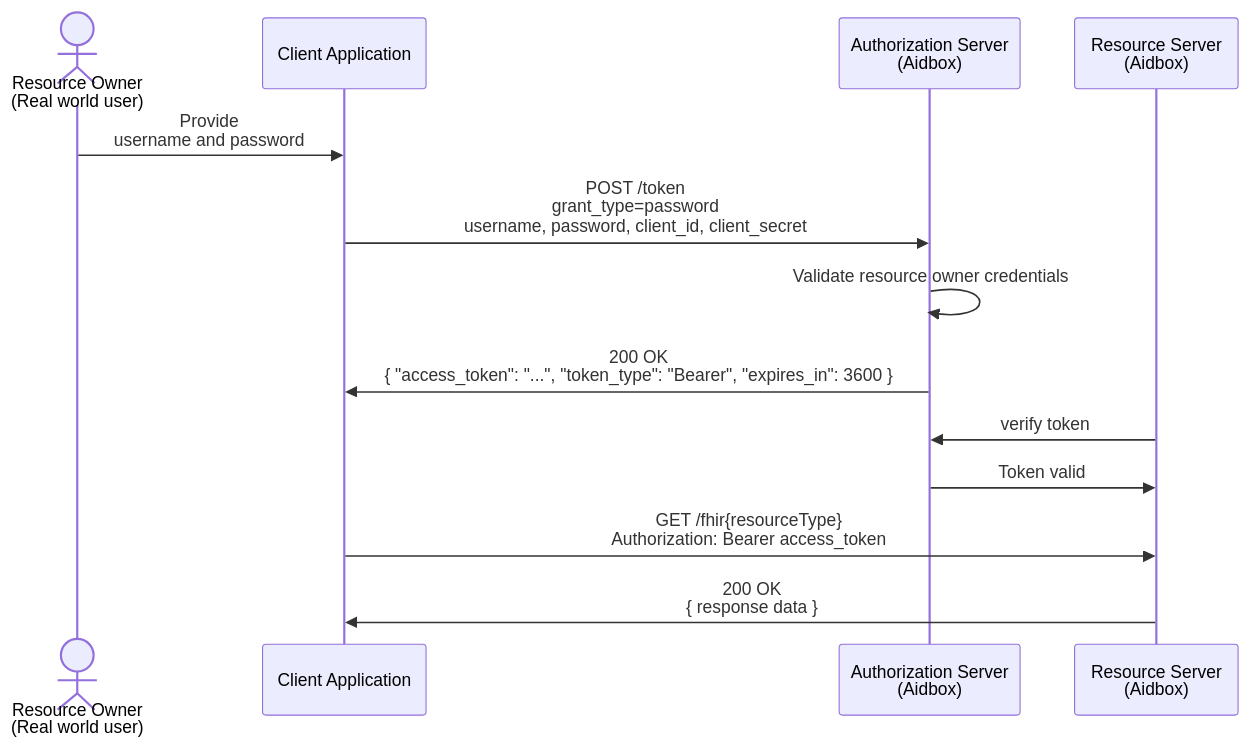
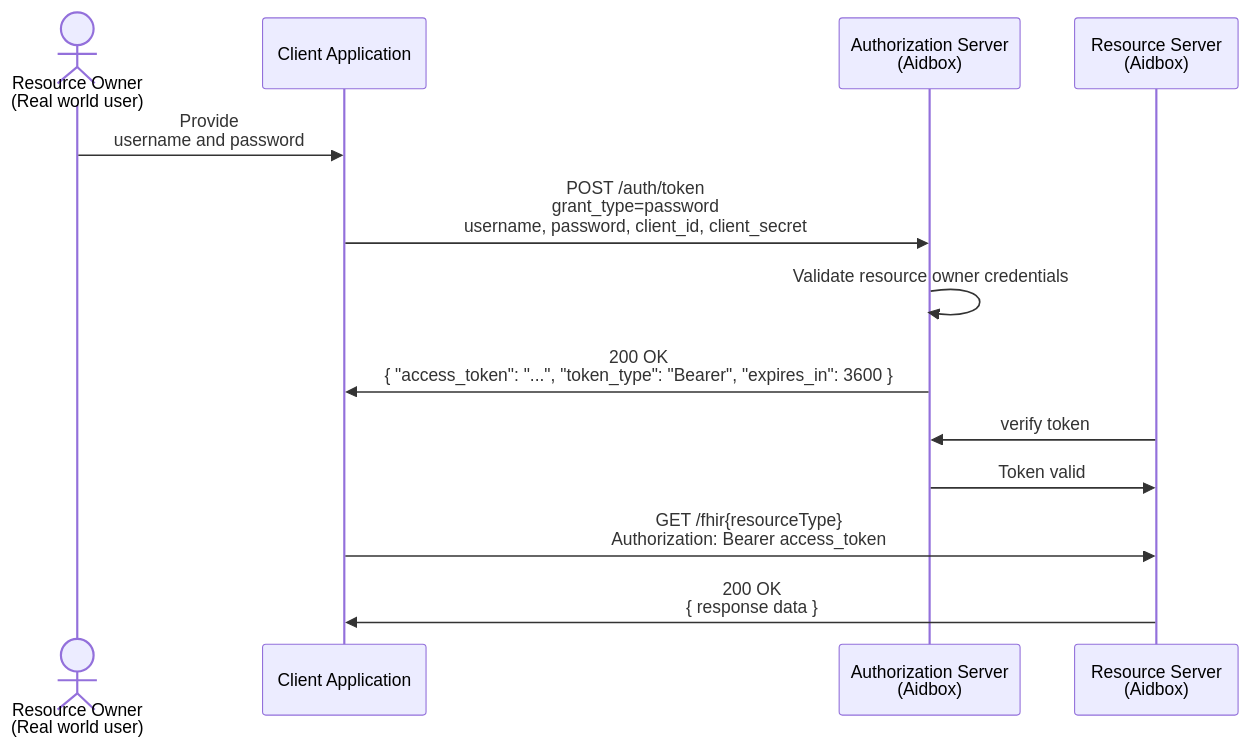
Before and after one commit to HealthSamurai/documentation: the third of 4 diagrams in docs/access-control/authentication/oauth-2-0.md, drawn with Mermaid. The commit also changed other lines of this file and 44 other files, not shown here.

````diff
--- a/docs/access-control/authentication/oauth-2-0.md
+++ b/docs/access-control/authentication/oauth-2-0.md
@@ -71,16 +71,16 @@
 ```mermaid fullWidth="true"
 sequenceDiagram
   actor RO as Resource Owner<br>(Real world user)
   participant ClientApp as Client Application
   participant AS as Authorization Server<br>(Aidbox)
   participant RS as Resource Server<br>(Aidbox)
 
   RO->>ClientApp: Provide<br>username and password
-  ClientApp->>AS: POST /token<br/>grant_type=password<br/>username, password, client_id, client_secret
+  ClientApp->>AS: POST /auth/token<br/>grant_type=password<br/>username, password, client_id, client_secret
   AS->>AS: Validate resource owner credentials
   AS->>ClientApp: 200 OK<br/>{ "access_token": "...", "token_type": "Bearer", "expires_in": 3600 }
   RS ->> AS: verify token
   AS ->> RS: Token valid
   ClientApp->>RS: GET /fhir{resourceType}<br/>Authorization: Bearer access_token
   RS->>ClientApp: 200 OK<br/>{ response data }
 ```
````
